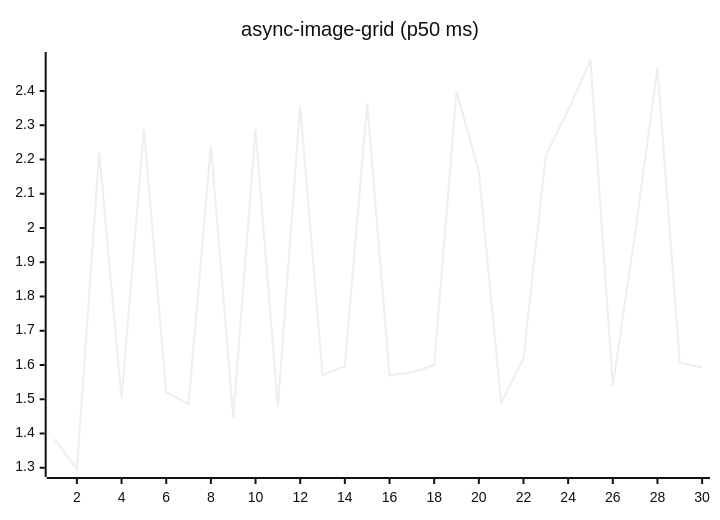
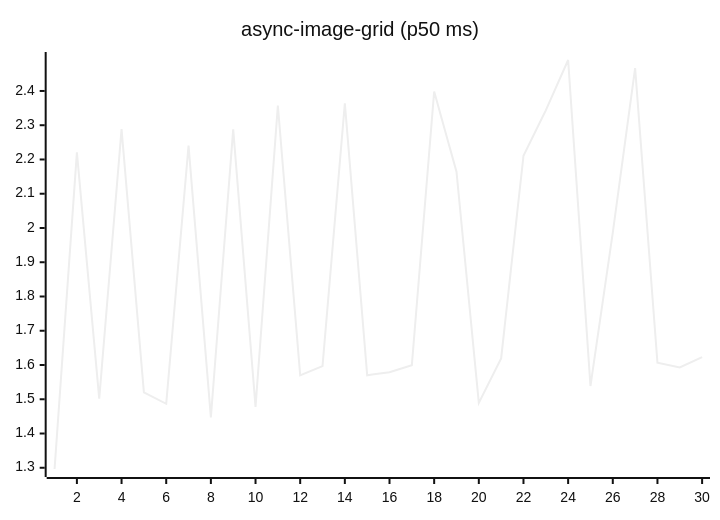
One commit to josha/Facet changed the fifth of 27 diagrams in README.md. Above: the diagram before and after it, drawn with Mermaid (neutral theme). The commit also changed other lines of this file and 2 other files, not shown here.

````diff
--- a/README.md
+++ b/README.md
@@ -91,6 +91,6 @@
 ```mermaid
 xychart-beta
     title "async-image-grid (p50 ms)"
     x-axis 1 --> 30
-    line [1.3834, 1.2964, 2.2208, 1.5015, 2.2886, 1.5200, 1.4868, 2.2404, 1.4470, 2.2880, 1.4779, 2.3575, 1.5699, 1.5969, 2.3640, 1.5700, 1.5790, 1.5994, 2.3982, 2.1641, 1.4893, 1.6193, 2.2110, 2.3435, 2.4904, 1.5386, 1.9864, 2.4670, 1.6066, 1.5928]
+    line [1.2964, 2.2208, 1.5015, 2.2886, 1.5200, 1.4868, 2.2404, 1.4470, 2.2880, 1.4779, 2.3575, 1.5699, 1.5969, 2.3640, 1.5700, 1.5790, 1.5994, 2.3982, 2.1641, 1.4893, 1.6193, 2.2110, 2.3435, 2.4904, 1.5386, 1.9864, 2.4670, 1.6066, 1.5928, 1.6229]
 ```
````
